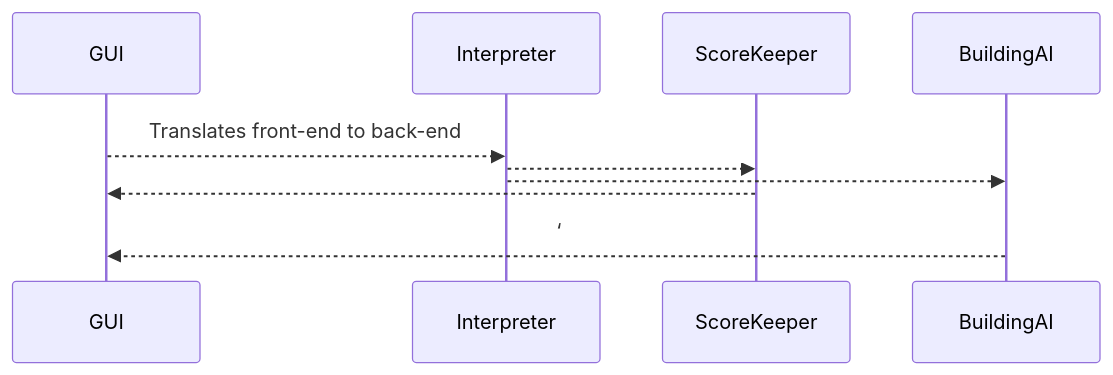
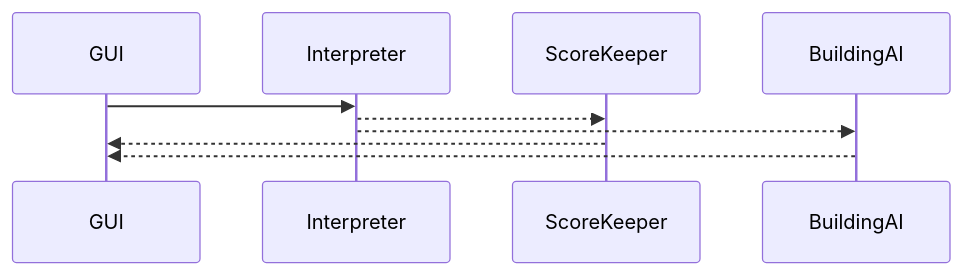
One commit to cbiddle3/skyRunner changed the first of 3 diagrams in README.md. Above: the diagram before and after it, drawn with Mermaid.

````diff
--- a/README.md
+++ b/README.md
@@ -12,8 +12,8 @@
 ```mermaid
 sequenceDiagram
-   GUI-->>Interpreter: Translates front-end to back-end
-   Interpreter-->>ScoreKeeper:
-   Interpreter-->>BuildingAI:
-   ScoreKeeper-->>GUI:
-   BuildingAI-->>GUI: ‘
+   GUI->>Interpreter: 
+   Interpreter-->>ScoreKeeper: 
+   Interpreter-->>BuildingAI: 
+   ScoreKeeper-->>GUI: 
+   BuildingAI-->>GUI: 
 ```
````
